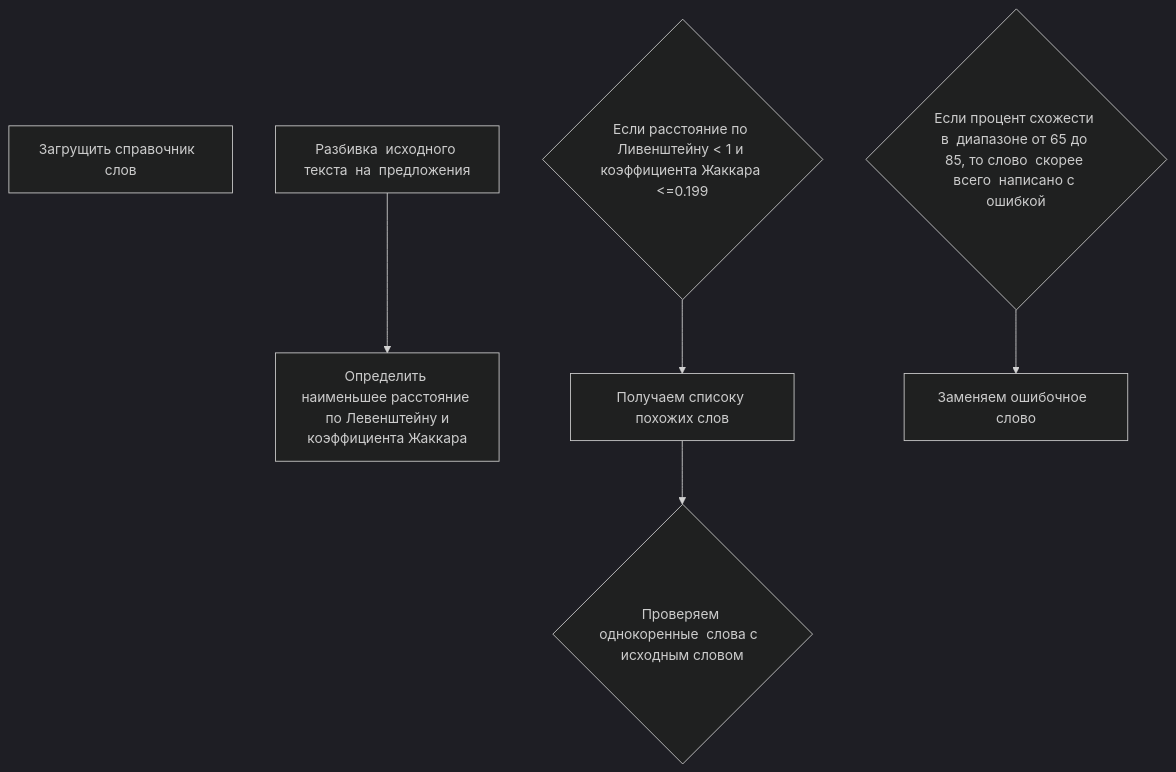
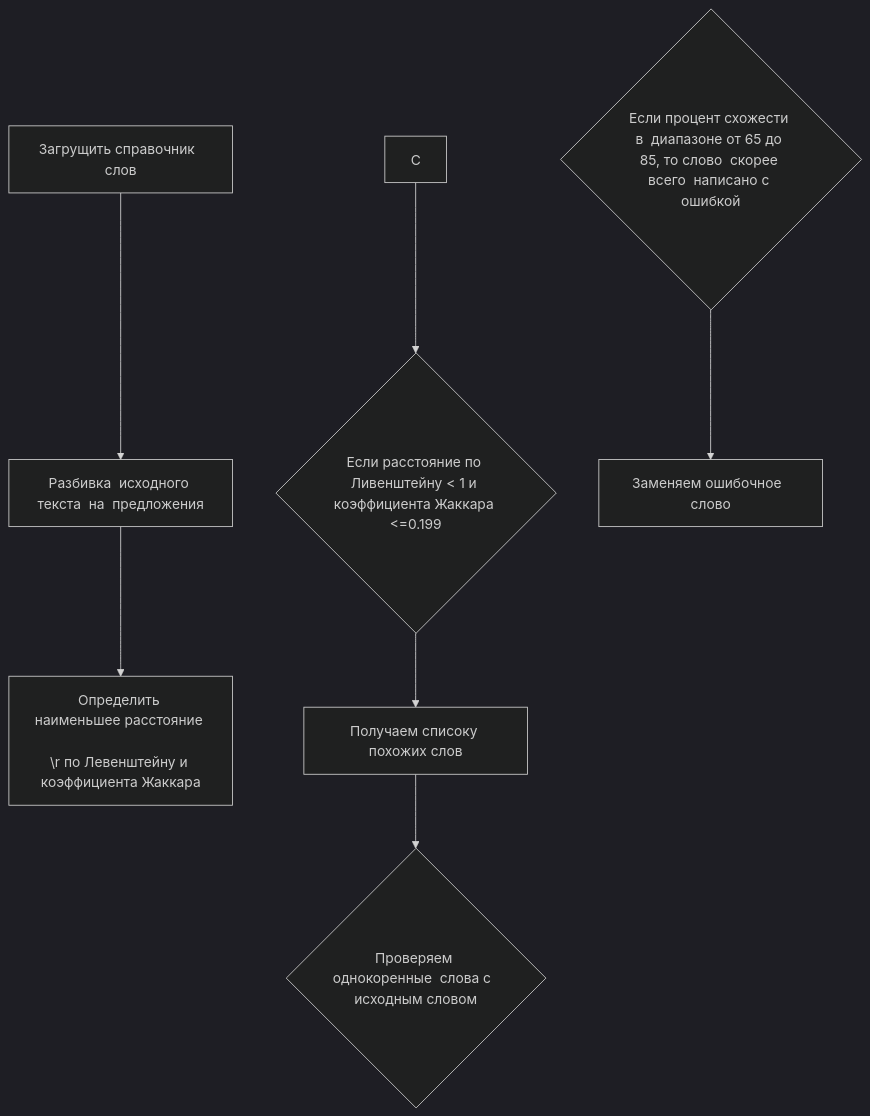
The diagram in README.MD (Barolina/search_spelling_errors), drawn with Mermaid (dark theme) before and after one commit.

````diff
--- a/README.MD
+++ b/README.MD
@@ -17,15 +17,17 @@
 ```mermaid
 flowchart TB
 	A[Загрущить справочник  слов]
 	B[Разбивка  исходного текста  на  предложения] --> С[Разбивка предложения  на слова]	
-	С[Определить наименьшее расстояние  по Левенштейну и коэффициента Жаккара]
+	A --> B
+	С[Определить наименьшее расстояние  \n\r по Левенштейну и коэффициента Жаккара]
 	D{Если расстояние по Ливенштейну < 1 и коэффициента Жаккара <=0.199}
+	C --> D
 	D --> H[Получаем списоку похожих слов]
 	J{Проверяем однокоренные  слова с  исходным словом}
 	H --> J
 	K{Если процент схожести в  диапазоне от 65 до 85, то слово  скорее всего  написано с ошибкой}
 	L[Заменяем ошибочное  слово]
 	K --> L
 	
 
 ```
````
